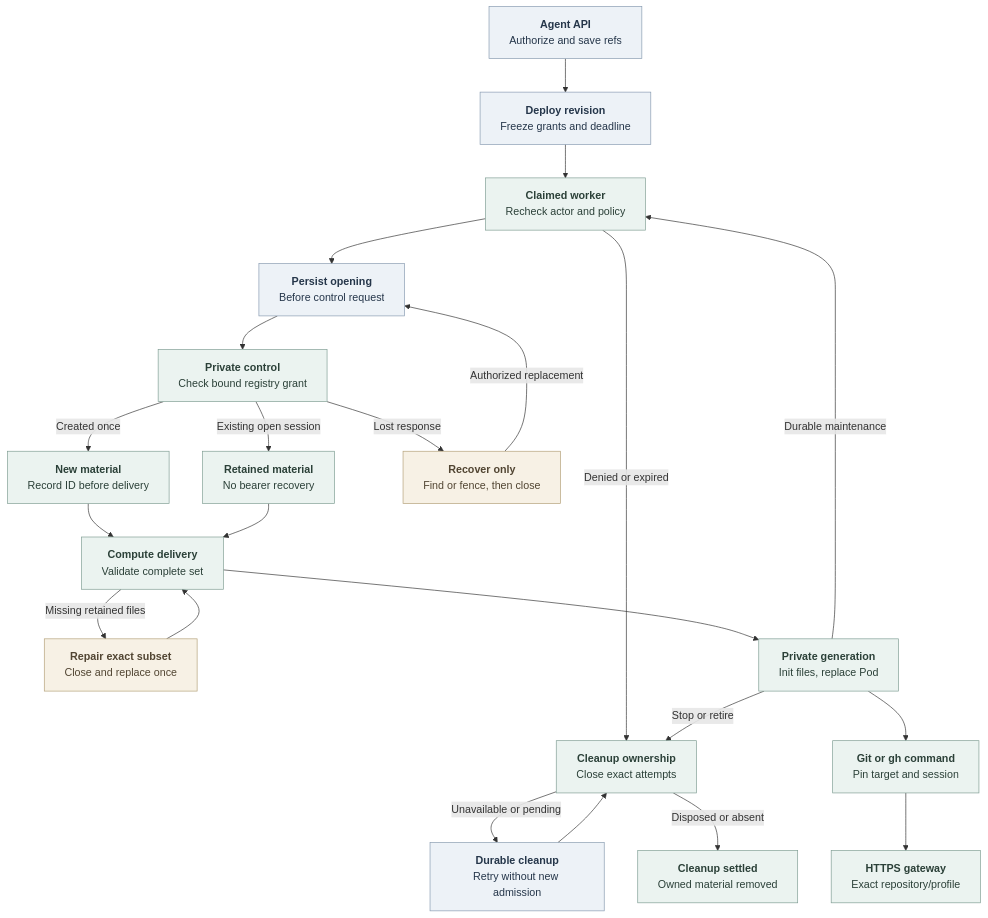
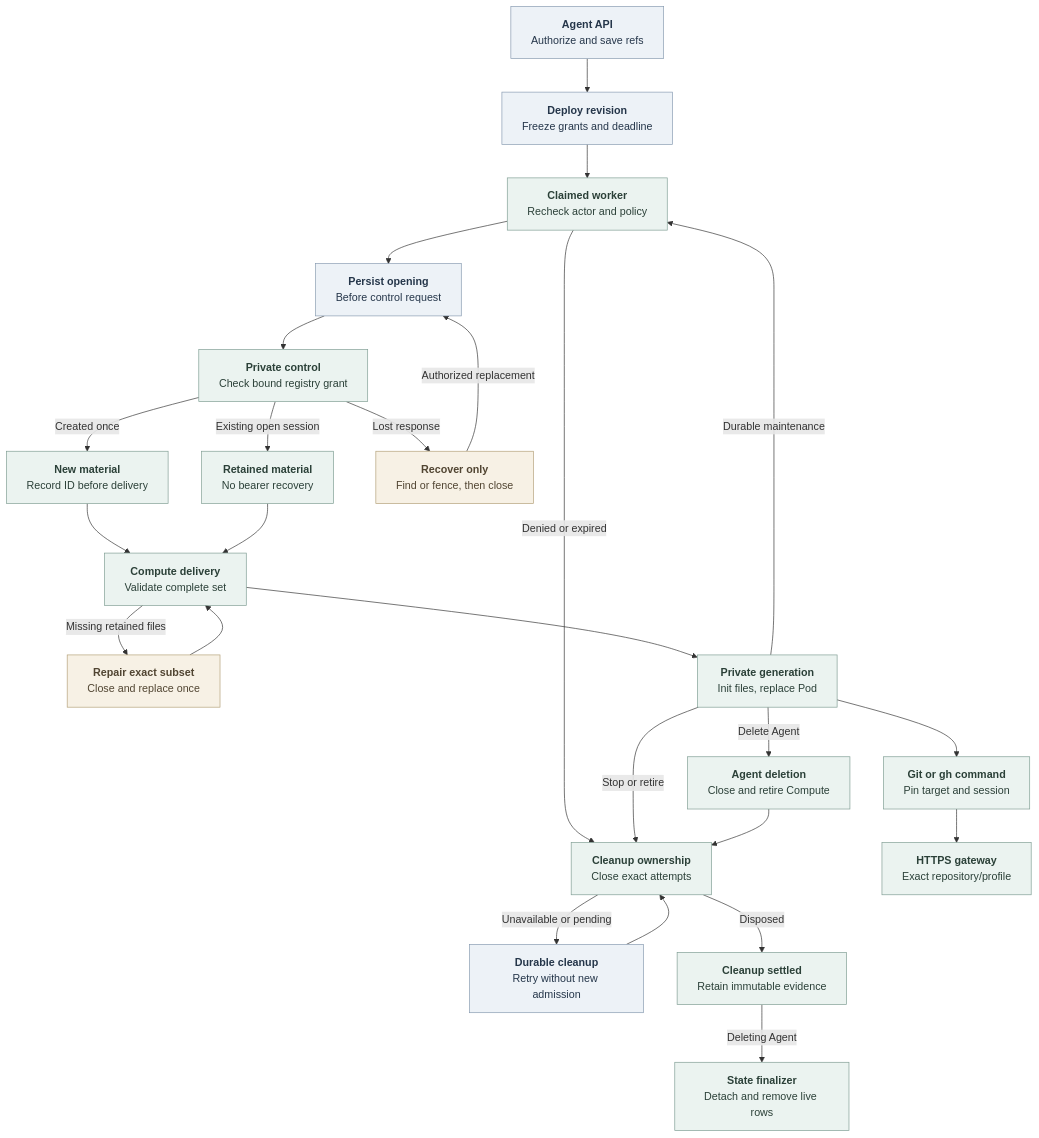
One commit to IsaiahStapleton/openclaw-enterprise changed the diagram in docs/flows/agent-repository-credentials.md. Above: the diagram before and after it, drawn with Mermaid. The commit also changed other lines of this file and 17 other files, not shown here.

````diff
--- a/docs/flows/agent-repository-credentials.md
+++ b/docs/flows/agent-repository-credentials.md
@@ -40,31 +40,34 @@
 ```mermaid
 graph TD
   API["<b>Agent API</b><br/>Authorize and save refs"] --> Revision["<b>Deploy revision</b><br/>Freeze grants and deadline"]
   Revision --> Worker["<b>Claimed worker</b><br/>Recheck actor and policy"]
   Worker -->|Denied or expired| Close["<b>Cleanup ownership</b><br/>Close exact attempts"]
   Worker --> Attempt["<b>Persist opening</b><br/>Before control request"]
   Attempt --> Service["<b>Private control</b><br/>Check bound registry grant"]
   Service -->|Created once| New["<b>New material</b><br/>Record ID before delivery"]
   Service -->|Existing open session| Retained["<b>Retained material</b><br/>No bearer recovery"]
   Service -->|Lost response| Recover["<b>Recover only</b><br/>Find or fence, then close"]
   Recover -->|Authorized replacement| Attempt
   New --> Compute["<b>Compute delivery</b><br/>Validate complete set"]
   Retained --> Compute
   Compute -->|Missing retained files| Repair["<b>Repair exact subset</b><br/>Close and replace once"]
   Repair --> Compute
   Compute --> Pod["<b>Private generation</b><br/>Init files, replace Pod"]
   Pod --> Command["<b>Git or gh command</b><br/>Pin target and session"]
   Command --> Gateway["<b>HTTPS gateway</b><br/>Exact repository/profile"]
   Pod -->|Durable maintenance| Worker
   Pod -->|Stop or retire| Close
   Close -->|Unavailable or pending| Queue["<b>Durable cleanup</b><br/>Retry without new admission"]
   Queue --> Close
-  Close -->|Disposed or absent| Done["<b>Cleanup settled</b><br/>Owned material removed"]
+  Close -->|Disposed| Done["<b>Cleanup settled</b><br/>Retain immutable evidence"]
+  Pod -->|Delete Agent| Delete["<b>Agent deletion</b><br/>Close and retire Compute"]
+  Delete --> Close
+  Done -->|Deleting Agent| Finalize["<b>State finalizer</b><br/>Detach and remove live rows"]
 
   classDef state fill:#EDF2F7,stroke:#879AB0,color:#25364A,stroke-width:1px
   classDef operation fill:#EBF3F0,stroke:#7F9D93,color:#2B4038,stroke-width:1px
   classDef condition fill:#F7F1E5,stroke:#B3A078,color:#514532,stroke-width:1px
   class API,Revision,Attempt,Queue state
-  class Worker,Service,New,Retained,Compute,Pod,Command,Gateway,Close,Done operation
+  class Worker,Service,New,Retained,Compute,Pod,Command,Gateway,Close,Done,Delete,Finalize operation
   class Recover,Repair condition
 ```
````
